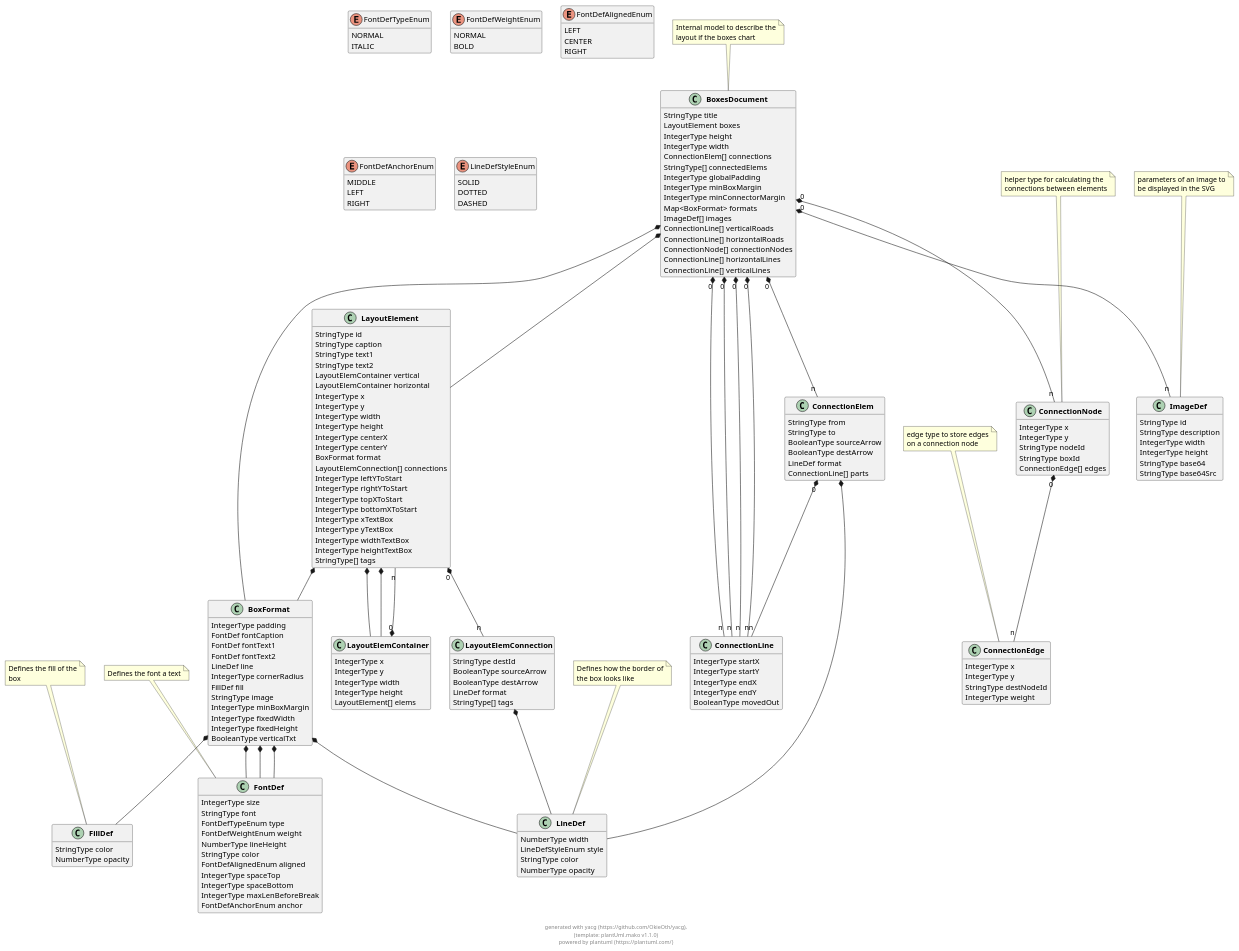
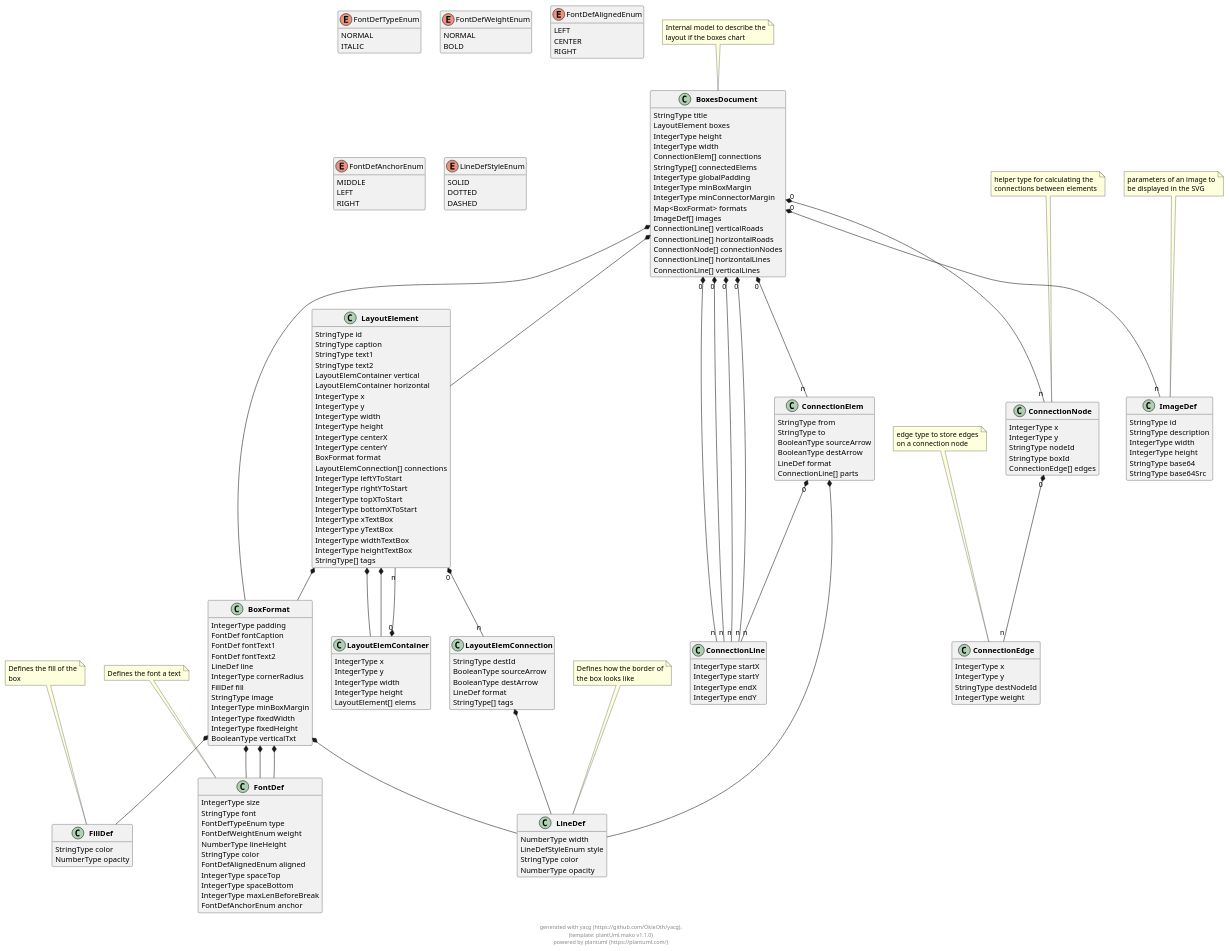
One commit to OkieOth/draw.chart.things changed the diagram in docs/models/puml/boxes_document.puml. Above: the diagram before and after it, drawn with PlantUML. The commit also changed 6 other files, not shown here.

```diff
--- a/docs/models/puml/boxes_document.puml
+++ b/docs/models/puml/boxes_document.puml
@@ -88,7 +88,6 @@
         IntegerType startY
         IntegerType endX
         IntegerType endY
-        BooleanType movedOut
 }
 
  
@@ -297,7 +296,6 @@
 
 
 
-
     
 
 
```
